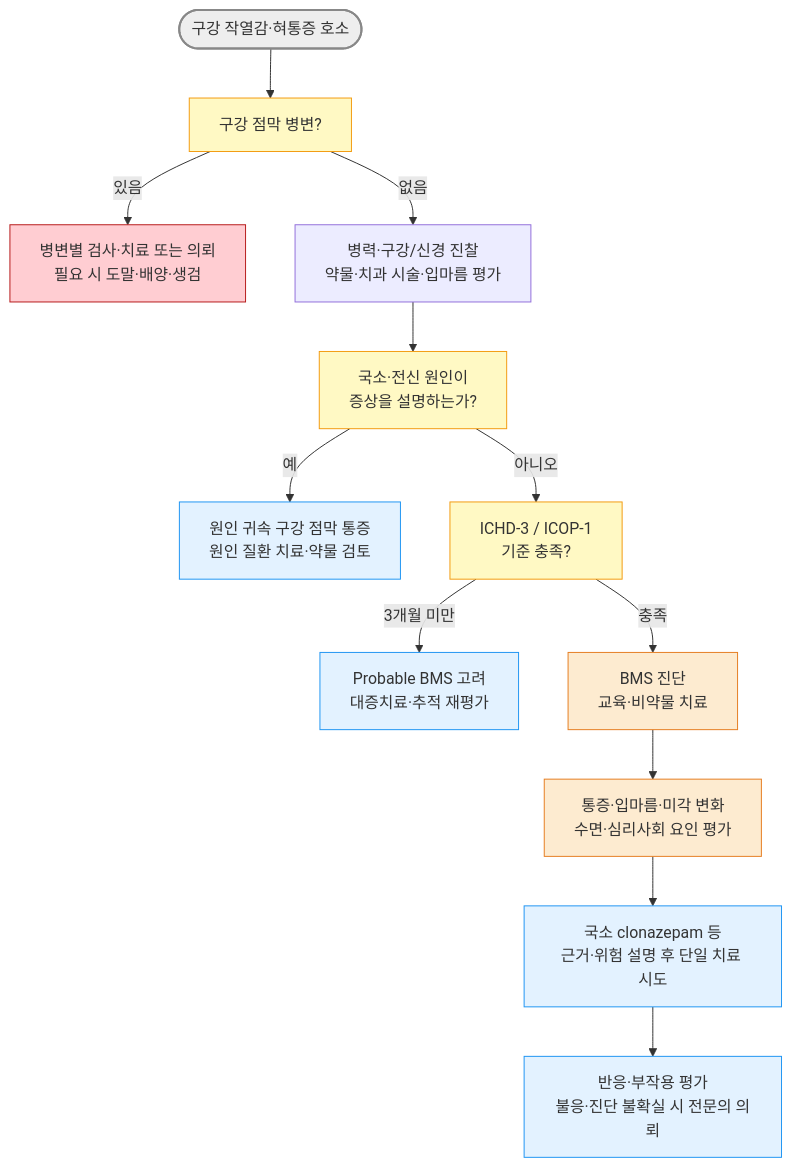
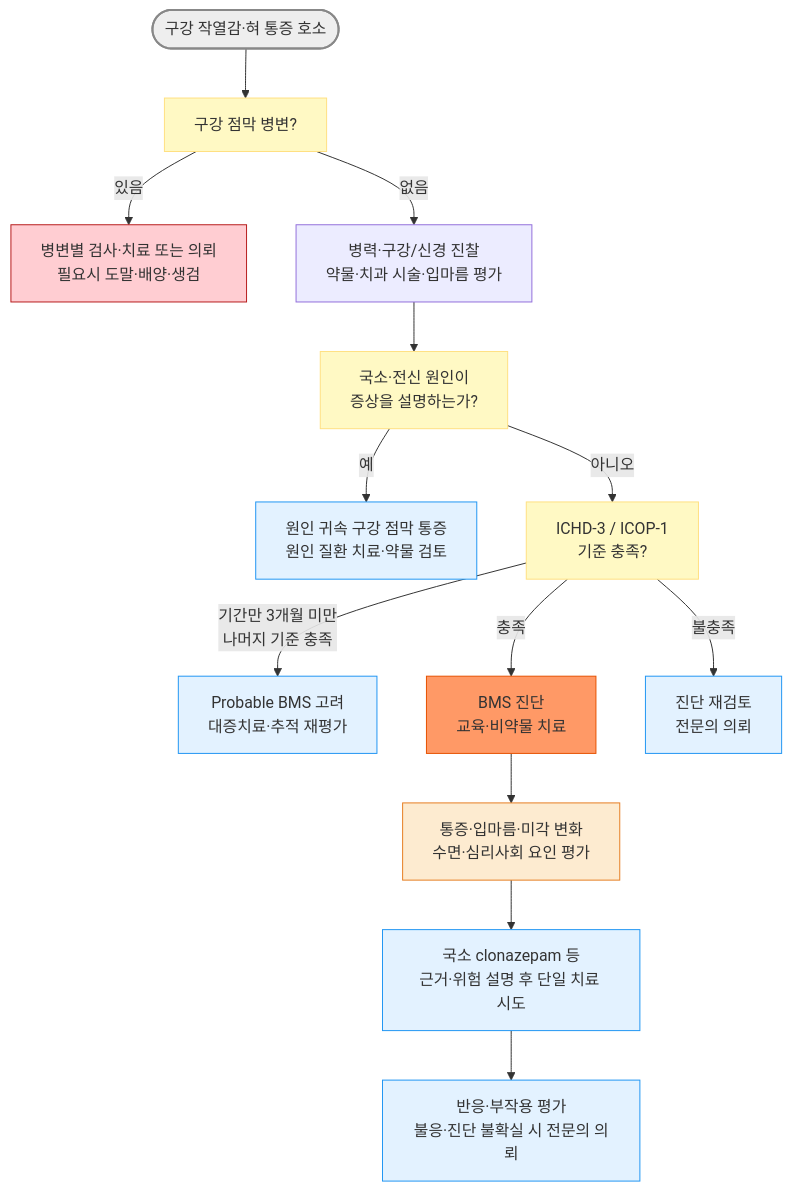
The diagram in 222_/057_-burning-mouth.md (familyoh77/familyoh77), drawn with Mermaid before and after one commit. The commit also changed other lines of this file, not shown here.

````diff
--- a/222_/057_-burning-mouth.md
+++ b/222_/057_-burning-mouth.md
@@ -134,22 +137,24 @@
 ```mermaid
 flowchart TD
-    A(["구강 작열감·혀통증 호소"]) --> B["구강 점막 병변?"]
-    B -->|"있음"| C["병변별 검사·치료 또는 의뢰<br/>필요 시 도말·배양·생검"]
+    A(["구강 작열감·혀 통증 호소"]) --> B["구강 점막 병변?"]
+    B -->|"있음"| C["병변별 검사·치료 또는 의뢰<br/>필요시 도말·배양·생검"]
     B -->|"없음"| D["병력·구강/신경 진찰<br/>약물·치과 시술·입마름 평가"]
     D --> E["국소·전신 원인이<br/>증상을 설명하는가?"]
     E -->|"예"| F["원인 귀속 구강 점막 통증<br/>원인 질환 치료·약물 검토"]
     E -->|"아니오"| G["ICHD-3 / ICOP-1<br/>기준 충족?"]
-    G -->|"3개월 미만"| H["Probable BMS 고려<br/>대증치료·추적 재평가"]
+    G -->|"기간만 3개월 미만<br/>나머지 기준 충족"| H["Probable BMS 고려<br/>대증치료·추적 재평가"]
     G -->|"충족"| I["BMS 진단<br/>교육·비약물 치료"]
+    G -->|"불충족"| X["진단 재검토<br/>전문의 의뢰"]
     I --> T["통증·입마름·미각 변화<br/>수면·심리사회 요인 평가"]
     T --> U["국소 clonazepam 등<br/>근거·위험 설명 후 단일 치료 시도"]
     U --> V["반응·부작용 평가<br/>불응·진단 불확실 시 전문의 의뢰"]
 style A fill:#eeeeee,stroke:#888888,stroke-width:2px
 style C fill:#ffcdd2,stroke:#b71c1c
-classDef yellow fill:#fff9c4,stroke:#f39c12
+style I fill:#f96,stroke:#e65100
+classDef yellow fill:#fff9c4,stroke:#ffe082
 class B,E,G yellow
 classDef sky fill:#e3f2ff,stroke:#2196f3
-class F,H,U,V sky
+class F,H,U,V,X sky
 classDef orange fill:#fdebd0,stroke:#e67e22
-class I,T orange
+class T orange
 ```
````
